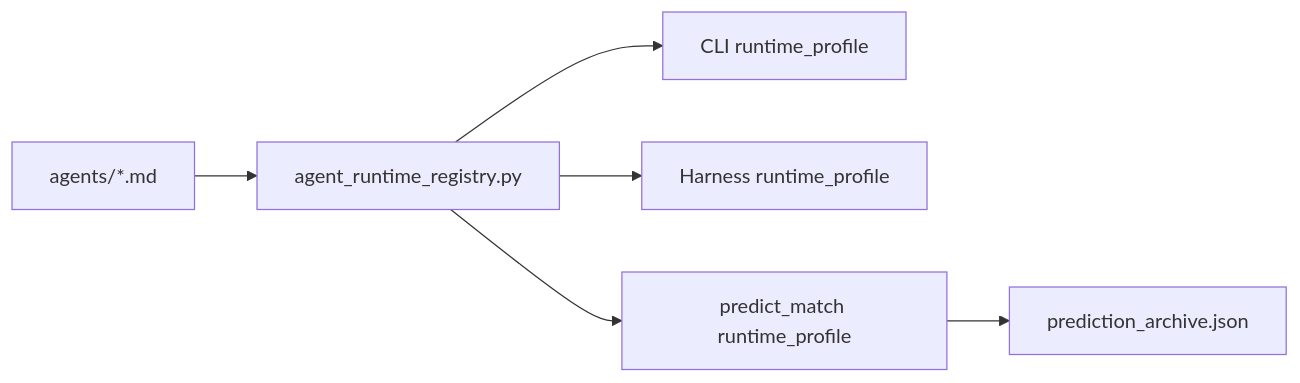
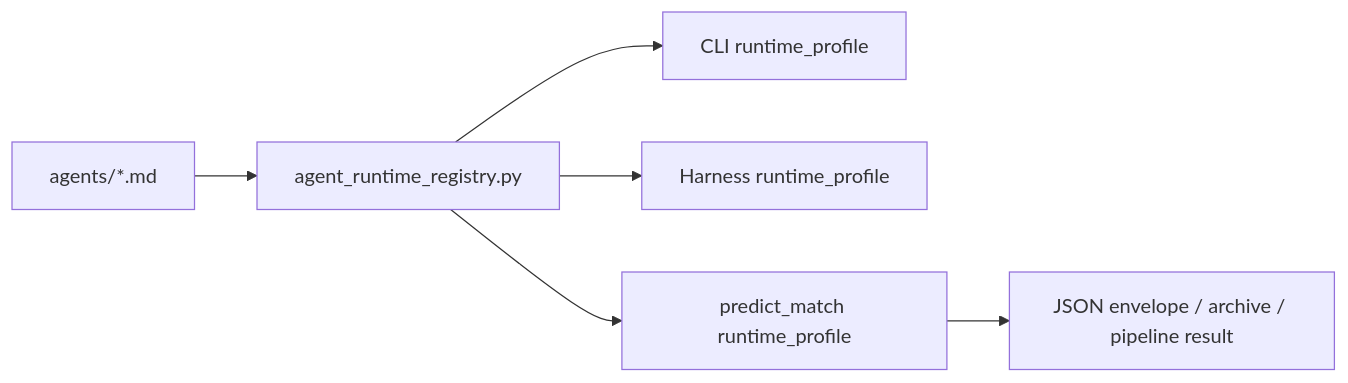
The fifth of 5 diagrams in docs/architecture/europe_leagues_architecture.md (LorenJun/trae_projects), drawn with Mermaid before and after one commit. The commit also changed other lines of this file and 8 other files, not shown here.

````diff
--- a/docs/architecture/europe_leagues_architecture.md
+++ b/docs/architecture/europe_leagues_architecture.md
@@ -359,8 +488,8 @@
 ```mermaid
 flowchart LR
   A[agents/*.md] --> B[agent_runtime_registry.py]
   B --> C[CLI runtime_profile]
   B --> D[Harness runtime_profile]
   B --> E[predict_match runtime_profile]
-  E --> F[prediction_archive.json]
+  E --> F[JSON envelope / archive / pipeline result]
 ```
````
